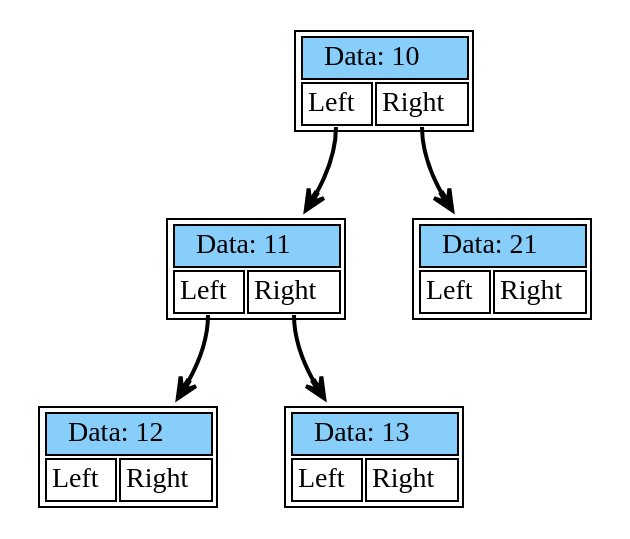
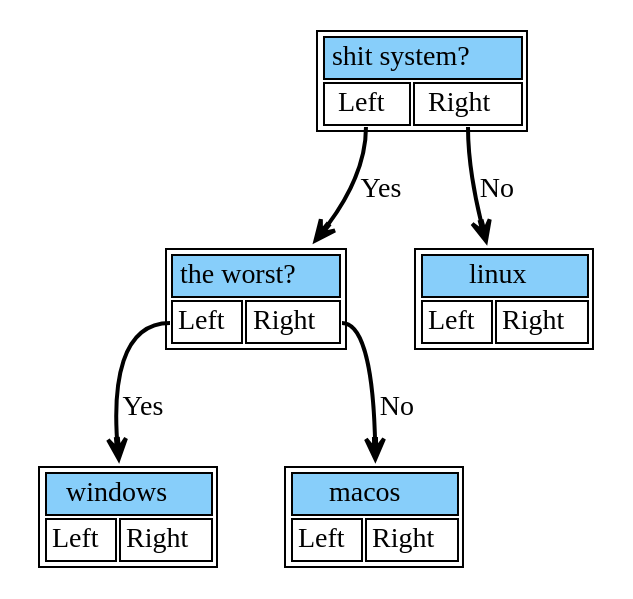
Before and after one commit to Varnike/tree: the diagram in dump/dump.dot, drawn with Graphviz. The commit also changed 18 other files, not shown here.

```diff
--- a/dump/dump.dot
+++ b/dump/dump.dot
@@ -1,32 +1,32 @@
 digraph dump_graph {
 	rankdir=TV; 
-node0x4a5c160 [shape=plaintext
+node0x55a9f8af3f10 [shape=plaintext
 					label=<<table border='1' cellborder='1'>
-					<tr><td colspan="2" bgcolor="lightskyblue" >Data: 12</td></tr>
+					<tr><td colspan="2" bgcolor="lightskyblue" >windows</td></tr>
 					<tr><td port= "lchild">Left</td><td port="rchild">Right</td></tr>
 				</table>>];
-node0x4a5c0a0 [shape=plaintext
+node0x55a9f8af3ed0 [shape=plaintext
 					label=<<table border='1' cellborder='1'>
-					<tr><td colspan="2" bgcolor="lightskyblue" >Data: 11</td></tr>
+					<tr><td colspan="2" bgcolor="lightskyblue" >the worst?</td></tr>
 					<tr><td port= "lchild">Left</td><td port="rchild">Right</td></tr>
 				</table>>];
-	node0x4a5c0a0:lchild -> node0x4a5c160[style=bold, arrowhead=vee];
-	node0x4a5c0a0:rchild -> node0x4a5c1c0[style=bold, arrowhead=vee];
-node0x4a5c1c0 [shape=plaintext
+	node0x55a9f8af3ed0:lchild -> node0x55a9f8af3f10[style=bold, arrowhead=vee label = "Yes"];
+	node0x55a9f8af3ed0:rchild -> node0x55a9f8af3f30[style=bold, arrowhead=vee label = "No"];
+node0x55a9f8af3f30 [shape=plaintext
 					label=<<table border='1' cellborder='1'>
-					<tr><td colspan="2" bgcolor="lightskyblue" >Data: 13</td></tr>
+					<tr><td colspan="2" bgcolor="lightskyblue" >macos</td></tr>
 					<tr><td port= "lchild">Left</td><td port="rchild">Right</td></tr>
 				</table>>];
-node0x4a5c040 [shape=plaintext
+node0x55a9f8af3eb0 [shape=plaintext
 					label=<<table border='1' cellborder='1'>
-					<tr><td colspan="2" bgcolor="lightskyblue" >Data: 10</td></tr>
+					<tr><td colspan="2" bgcolor="lightskyblue" >shit system?</td></tr>
 					<tr><td port= "lchild">Left</td><td port="rchild">Right</td></tr>
 				</table>>];
-	node0x4a5c040:lchild -> node0x4a5c0a0[style=bold, arrowhead=vee];
-	node0x4a5c040:rchild -> node0x4a5c100[style=bold, arrowhead=vee];
-node0x4a5c100 [shape=plaintext
+	node0x55a9f8af3eb0:lchild -> node0x55a9f8af3ed0[style=bold, arrowhead=vee label = "Yes"];
+	node0x55a9f8af3eb0:rchild -> node0x55a9f8af3ef0[style=bold, arrowhead=vee label = "No"];
+node0x55a9f8af3ef0 [shape=plaintext
 					label=<<table border='1' cellborder='1'>
-					<tr><td colspan="2" bgcolor="lightskyblue" >Data: 21</td></tr>
+					<tr><td colspan="2" bgcolor="lightskyblue" >linux</td></tr>
 					<tr><td port= "lchild">Left</td><td port="rchild">Right</td></tr>
 				</table>>];
 }
```
